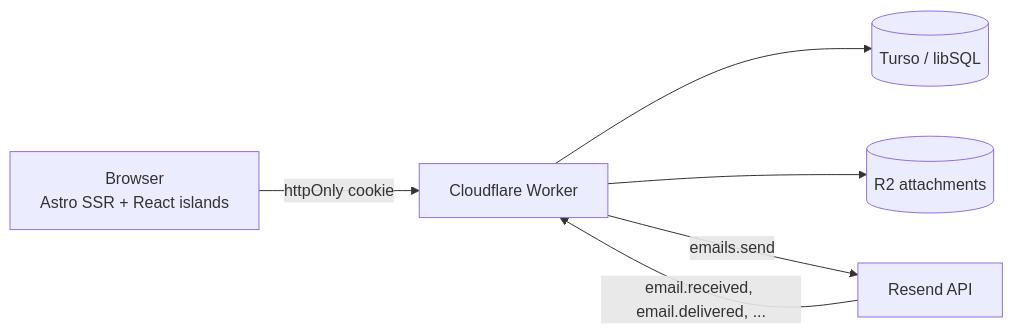
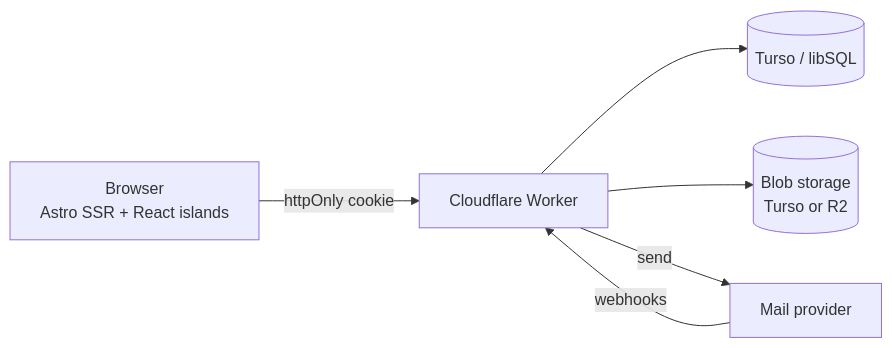
The diagram in README.md (swadhinbiswas/flare), drawn with Mermaid before and after one commit. The commit also changed other lines of this file, not shown here.

````diff
--- a/README.md
+++ b/README.md
@@ -66,8 +79,8 @@
 ```mermaid
 flowchart LR
   B[Browser<br/>Astro SSR + React islands] -->|httpOnly cookie| W[Cloudflare Worker]
   W --> T[(Turso / libSQL)]
-  W --> R[(R2 attachments)]
-  W -->|emails.send| RS[Resend API]
-  RS -->|email.received, email.delivered, ...| W
+  W --> S[(Blob storage<br/>Turso or R2)]
+  W -->|send| P[Mail provider]
+  P -->|webhooks| W
 ```
````
